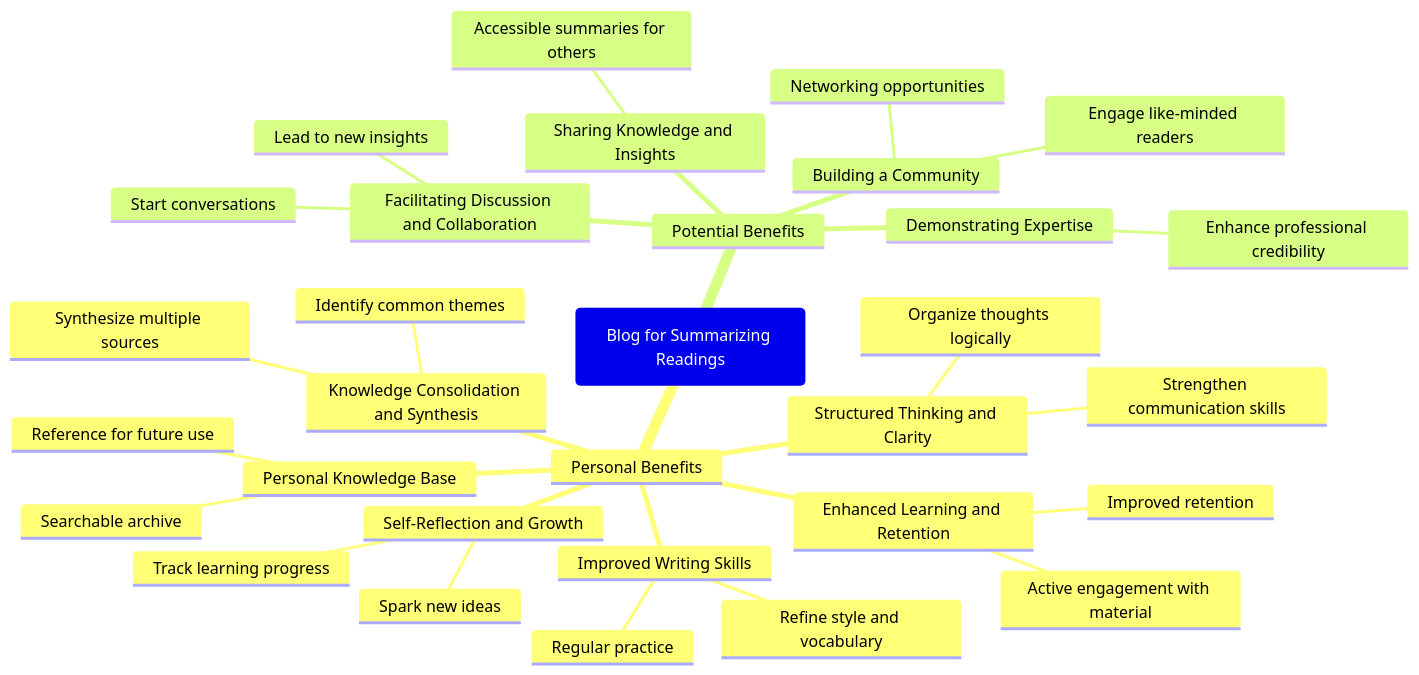
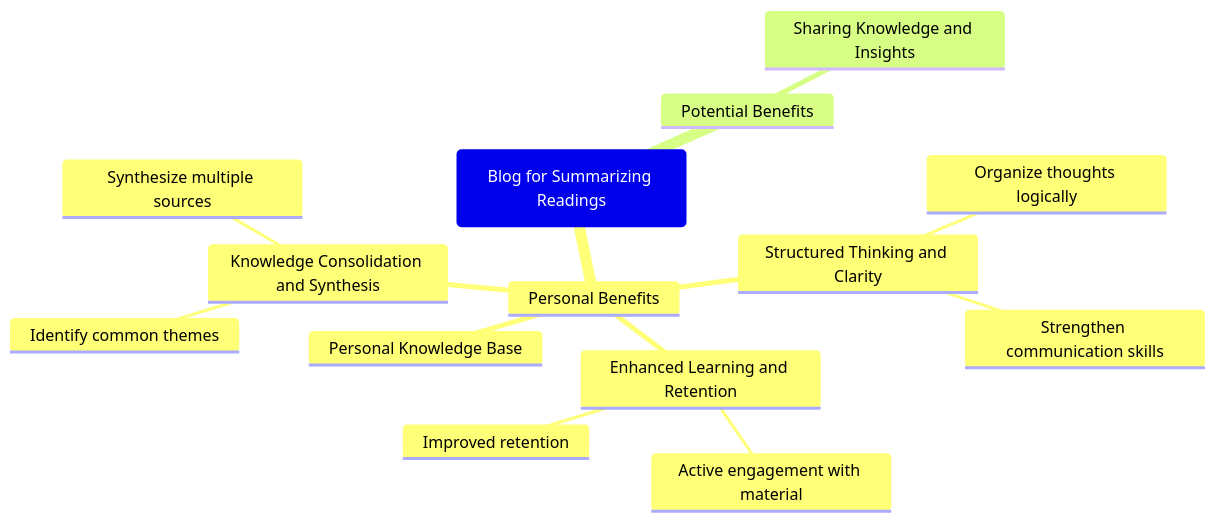
One commit to phuongvo9/AI-Progress-Updates changed the diagram in _posts/2025-02-02-why-should-we-create-blog-to-summarize-our-readings.md. Above: the diagram before and after it, drawn with Mermaid. The commit also changed 3 other files, not shown here.

Commit message:
feat: Add Mermaid support and update layout and styles for better diagram integration

````diff
--- a/_posts/2025-02-02-why-should-we-create-blog-to-summarize-our-readings.md
+++ b/_posts/2025-02-02-why-should-we-create-blog-to-summarize-our-readings.md
@@ -15,34 +15,17 @@
-```mermaid
+<div class="mermaid">
 mindmap
   root(Blog for Summarizing Readings)
     Personal Benefits
       Enhanced Learning and Retention
         Active engagement with material
         Improved retention
       Structured Thinking and Clarity
         Organize thoughts logically
         Strengthen communication skills
       Knowledge Consolidation and Synthesis
         Synthesize multiple sources
         Identify common themes
       Personal Knowledge Base
-        Searchable archive
-        Reference for future use
-      Improved Writing Skills
-        Regular practice
-        Refine style and vocabulary
-      Self-Reflection and Growth
-        Track learning progress
-        Spark new ideas
     Potential Benefits
       Sharing Knowledge and Insights
-        Accessible summaries for others
-      Facilitating Discussion and Collaboration
-        Start conversations
-        Lead to new insights
-      Building a Community
-        Networking opportunities
-        Engage like-minded readers
-      Demonstrating Expertise
-        Enhance professional credibility
-```
+</div>
````
